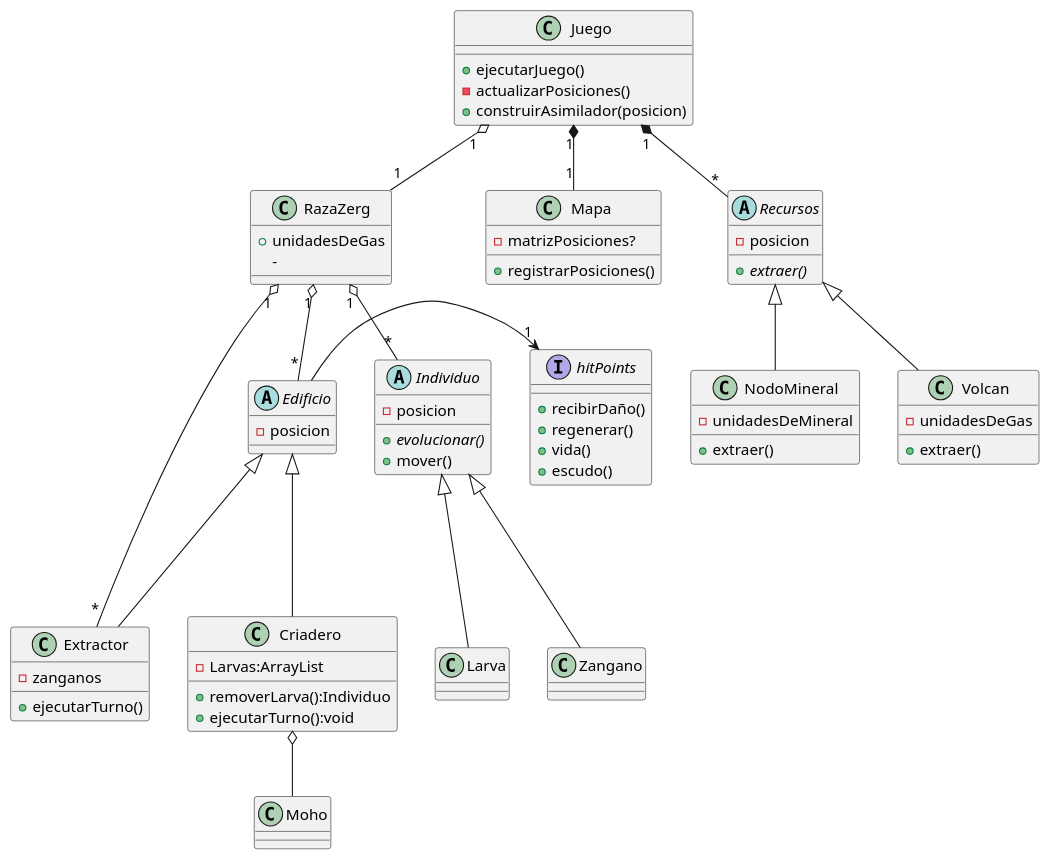
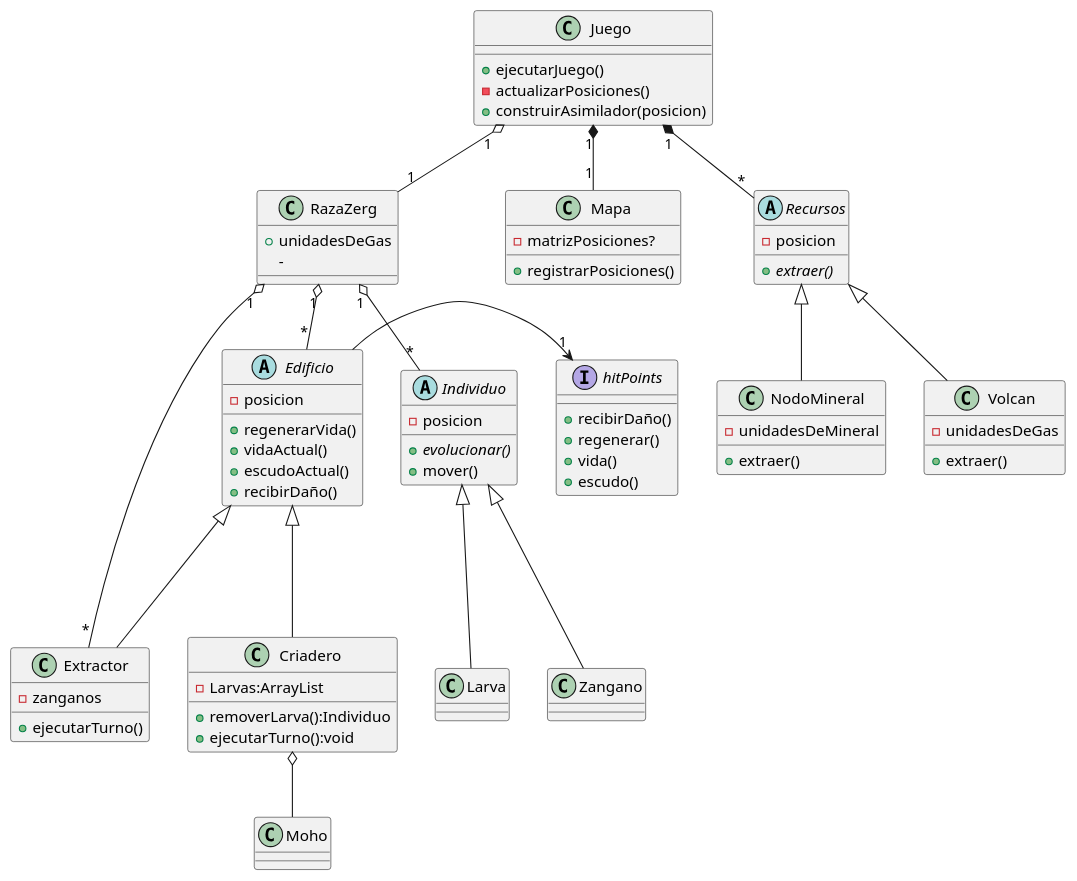
Before and after one commit to nicolasgirardi/algo3_TP2_AlgoStar: the diagram in diagrams/classes/clases.puml, drawn with PlantUML.

Commit message:
actualizo diagrama de clases de edificio

```diff
--- a/diagrams/classes/clases.puml
+++ b/diagrams/classes/clases.puml
@@ -1,87 +1,91 @@
 @startuml
 
 
 
 class Juego {
     +ejecutarJuego()
     -actualizarPosiciones()
     +construirAsimilador(posicion)
 }
 
 class Zangano{
 
 }
 class Larva{
 
 }
 class RazaZerg{
     +unidadesDeGas
     -
 }
 class Criadero{
     -Larvas:ArrayList
     +removerLarva():Individuo
     +ejecutarTurno():void
 }
 
 
 abstract class Edificio{
     -posicion
+    +regenerarVida()
+    +vidaActual()
+    +escudoActual()
+    +recibirDaño()
 }
 
 class Extractor{
     -zanganos
     +ejecutarTurno()
 }
 
 abstract class Individuo {
     -posicion
     {abstract} +evolucionar()
     +mover()
 }
 
 class Mapa {
     -matrizPosiciones?
     +registrarPosiciones()
 }
 
 abstract class Recursos {
     -posicion
     {abstract} +extraer()
 }
 
 class NodoMineral {
     -unidadesDeMineral
     +extraer()
 }
 
 class Volcan{
     -unidadesDeGas
     +extraer()
 }
 
 interface hitPoints{
 
 +recibirDaño()
 +regenerar()
 +vida()
 +escudo()
 }
 
 Zangano  -up--|> Individuo
 Larva    -up--|> Individuo
 RazaZerg "1"  o-- "*" Edificio
 RazaZerg "1"  o-- "*" Individuo
 Criadero -up--|> Edificio
 Extractor -up--|> Edificio
 Juego "1"  o-- "1" RazaZerg
 Juego "1"  *-- "1" Mapa
 Juego "1"  *-- "*" Recursos
 Recursos <|-- Volcan
 Recursos <|-- NodoMineral
 Criadero o-- Moho
 RazaZerg "1"  o-- "*" Extractor
 
 Edificio -> "1" hitPoints
 
 @enduml
```
